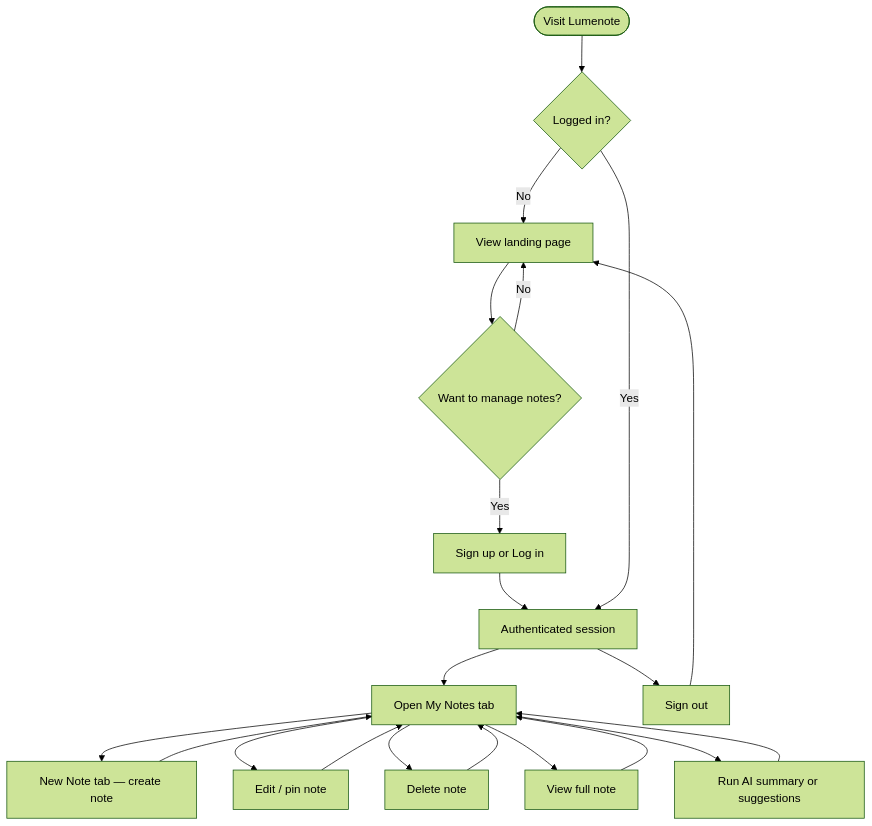
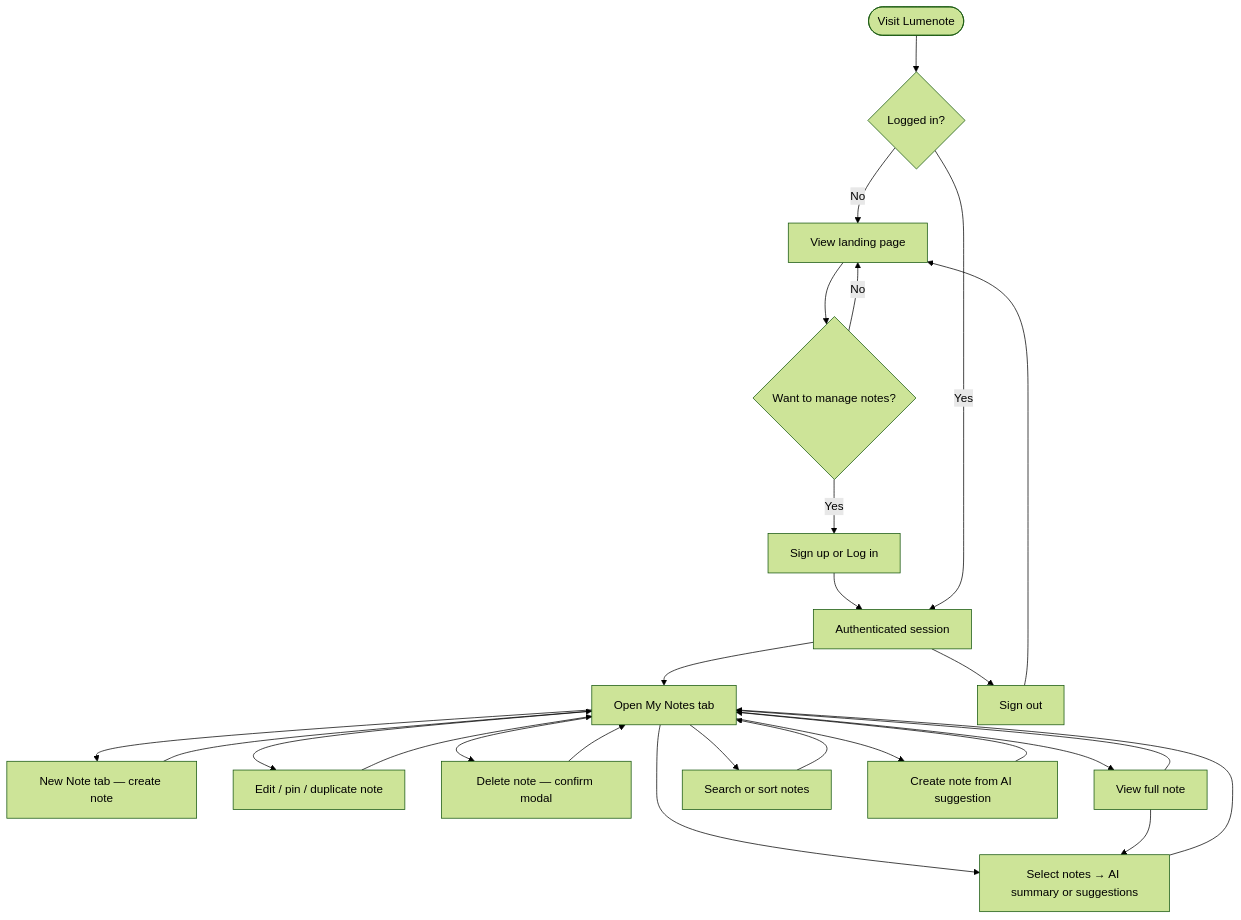
The second of 19 diagrams in DIAGRAMS.md (Angelica-Vides/Lumenote), drawn with Mermaid (forest theme) before and after one commit. The commit also changed other lines of this file and 22 other files, not shown here.

````diff
--- a/DIAGRAMS.md
+++ b/DIAGRAMS.md
@@ -44,23 +44,28 @@
 ```mermaid
 flowchart TD
     A([Visit Lumenote]) --> B{Logged in?}
     B -- No --> C[View landing page]
     C --> D{Want to manage notes?}
     D -- Yes --> E[Sign up or Log in]
     E --> F[Authenticated session]
     D -- No --> C
     B -- Yes --> F
     F --> G[Open My Notes tab]
     G --> H[New Note tab — create note]
-    G --> I[Edit / pin note]
-    G --> J[Delete note]
+    G --> I[Edit / pin / duplicate note]
+    G --> J[Delete note — confirm modal]
     G --> M[View full note]
-    G --> L[Run AI summary or suggestions]
-    M --> G
+    G --> N[Search or sort notes]
+    G --> L[Select notes → AI summary or suggestions]
+    G --> O[Create note from AI suggestion]
+    M --> L
     H --> G
     I --> G
     J --> G
     L --> G
+    N --> G
+    O --> G
+    M --> G
     F --> K[Sign out]
     K --> C
 ```
````
